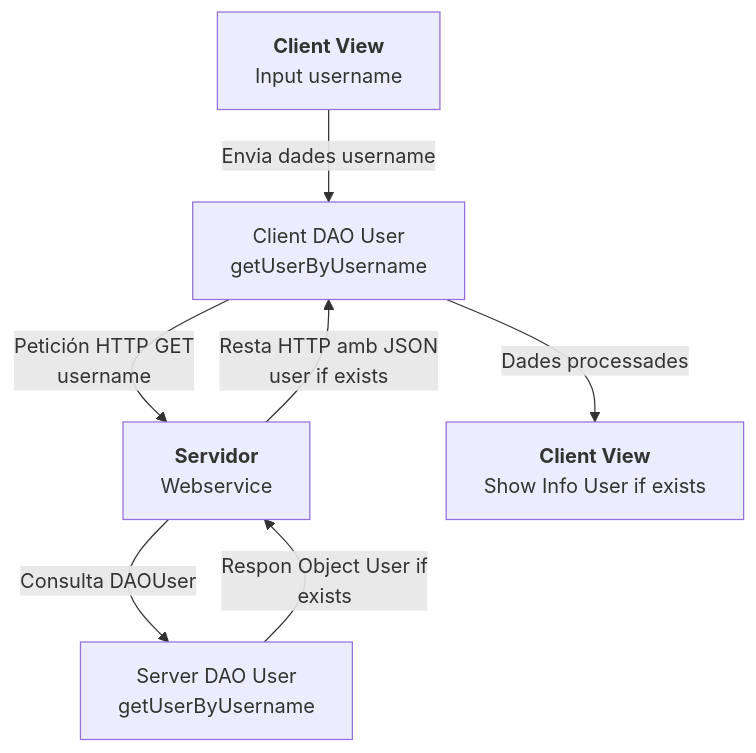
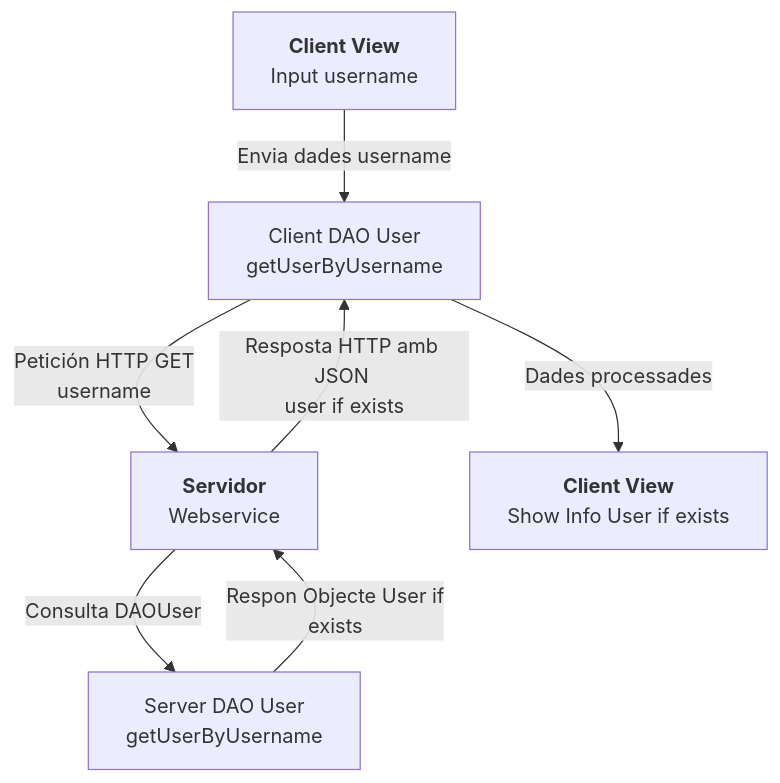
The diagram in charts/diagrama_prototip1.mermaid (dnwits/TapatApp), drawn with Mermaid before and after one commit.

Commit message:
diagrama corregido faltas

```diff
--- a/charts/diagrama_prototip1.mermaid
+++ b/charts/diagrama_prototip1.mermaid
@@ -1,7 +1,7 @@
 flowchart TD
     A[<b>Client View</b> <br> Input username] -->|Envia dades username| B[Client DAO User<br> getUserByUsername]
     B -->|Petición HTTP GET<br> username| C[<b>Servidor</b> <br> Webservice]
     C -->|Consulta DAOUser| D[Server DAO User <br>getUserByUsername]
-    D -->|Respon Object User if <br> exists| C
-    C -->|Resta HTTP amb JSON <br>user if exists| B
+    D -->|Respon Objecte User if <br> exists| C
+    C -->|Resposta HTTP amb JSON <br>user if exists| B
     B -->|Dades processades| F[<b>Client View</b> <br> Show Info User if exists]
```
